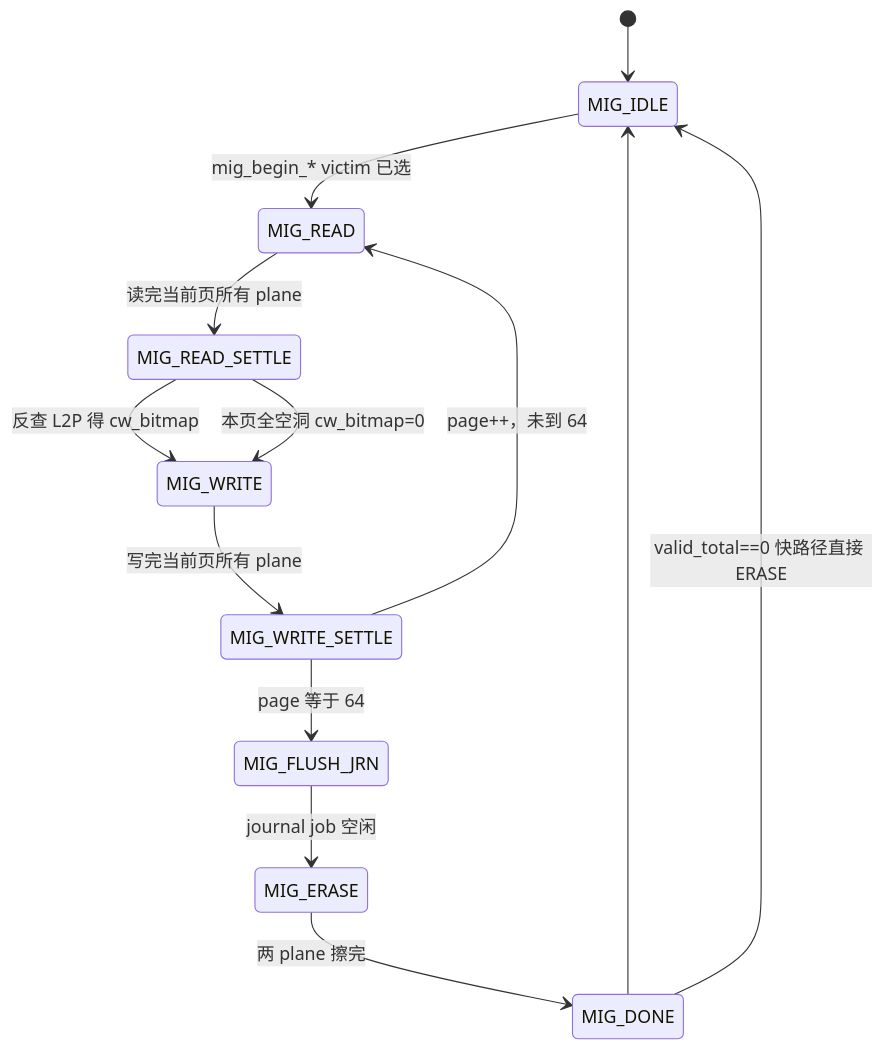
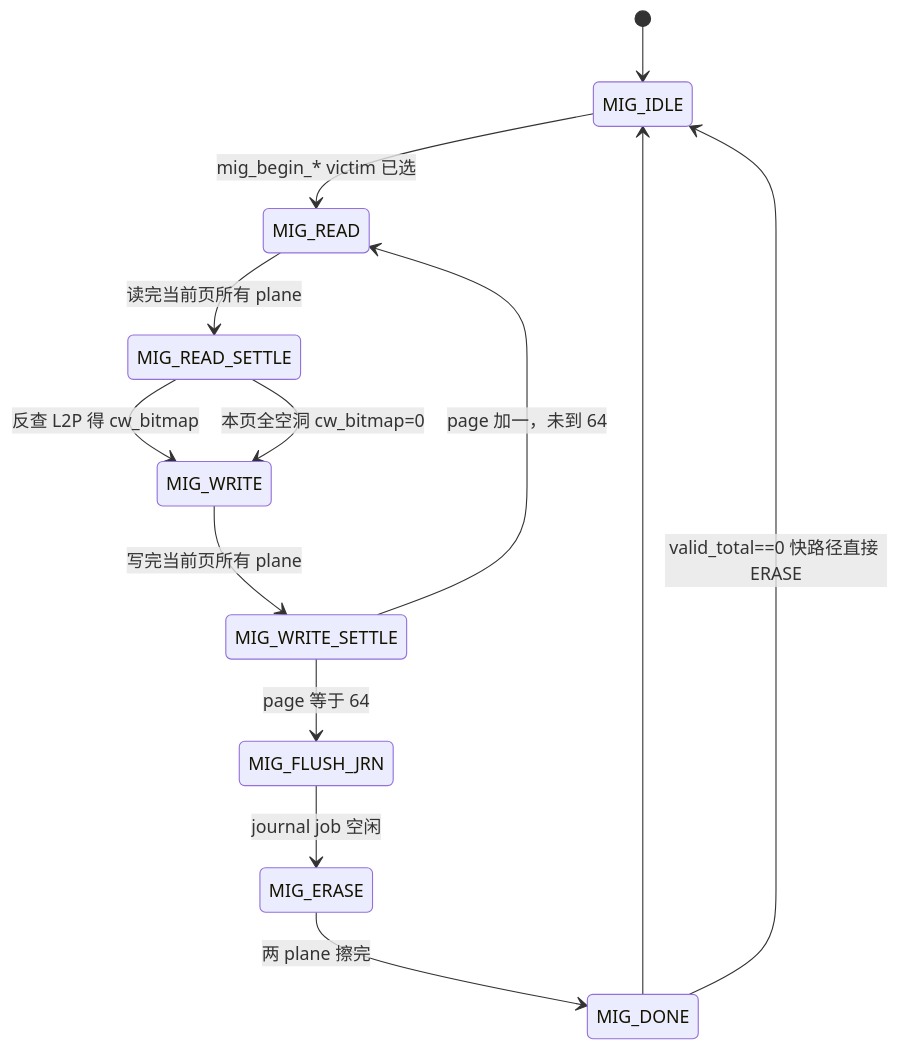
Diagram 17 of 28 in docs/design/ftl_design.md (YzYMIAO/BASESSD), drawn with Mermaid before and after one commit. The commit also changed other lines of this file, not shown here.

First line of the commit message:
docs(ftl): 补充推荐阅读顺序并清理 mermaid 序列图

````diff
--- a/docs/design/ftl_design.md
+++ b/docs/design/ftl_design.md
@@ -2461,15 +2496,15 @@
 ```mermaid
 stateDiagram-v2
     [*] --> MIG_IDLE
     MIG_IDLE --> MIG_READ: mig_begin_* victim 已选
     MIG_READ --> MIG_READ_SETTLE: 读完当前页所有 plane
     MIG_READ_SETTLE --> MIG_WRITE: 反查 L2P 得 cw_bitmap
     MIG_READ_SETTLE --> MIG_WRITE: 本页全空洞 cw_bitmap=0
     MIG_WRITE --> MIG_WRITE_SETTLE: 写完当前页所有 plane
-    MIG_WRITE_SETTLE --> MIG_READ: page++，未到 64
+    MIG_WRITE_SETTLE --> MIG_READ: page 加一，未到 64
     MIG_WRITE_SETTLE --> MIG_FLUSH_JRN: page 等于 64
     MIG_FLUSH_JRN --> MIG_ERASE: journal job 空闲
     MIG_ERASE --> MIG_DONE: 两 plane 擦完
     MIG_DONE --> MIG_IDLE
     MIG_DONE --> MIG_IDLE: valid_total==0 快路径直接 ERASE
 ```
````
